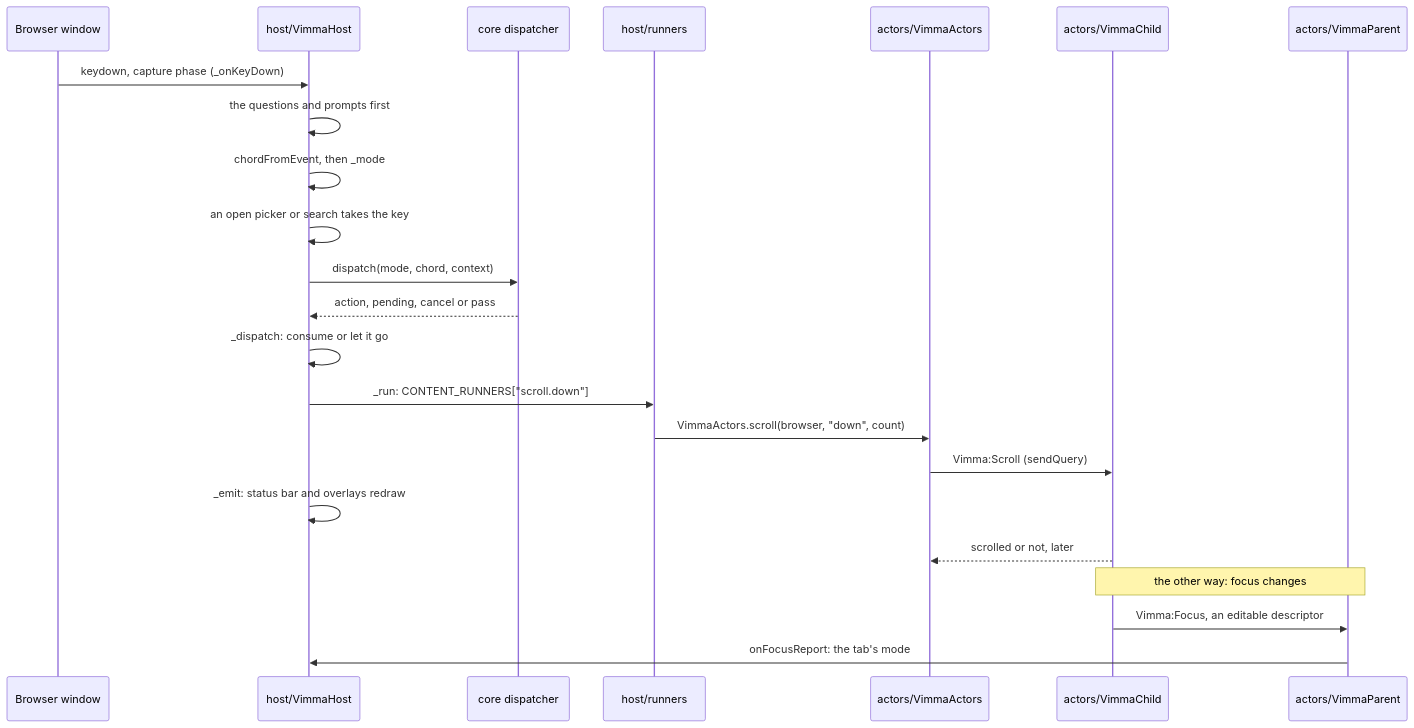
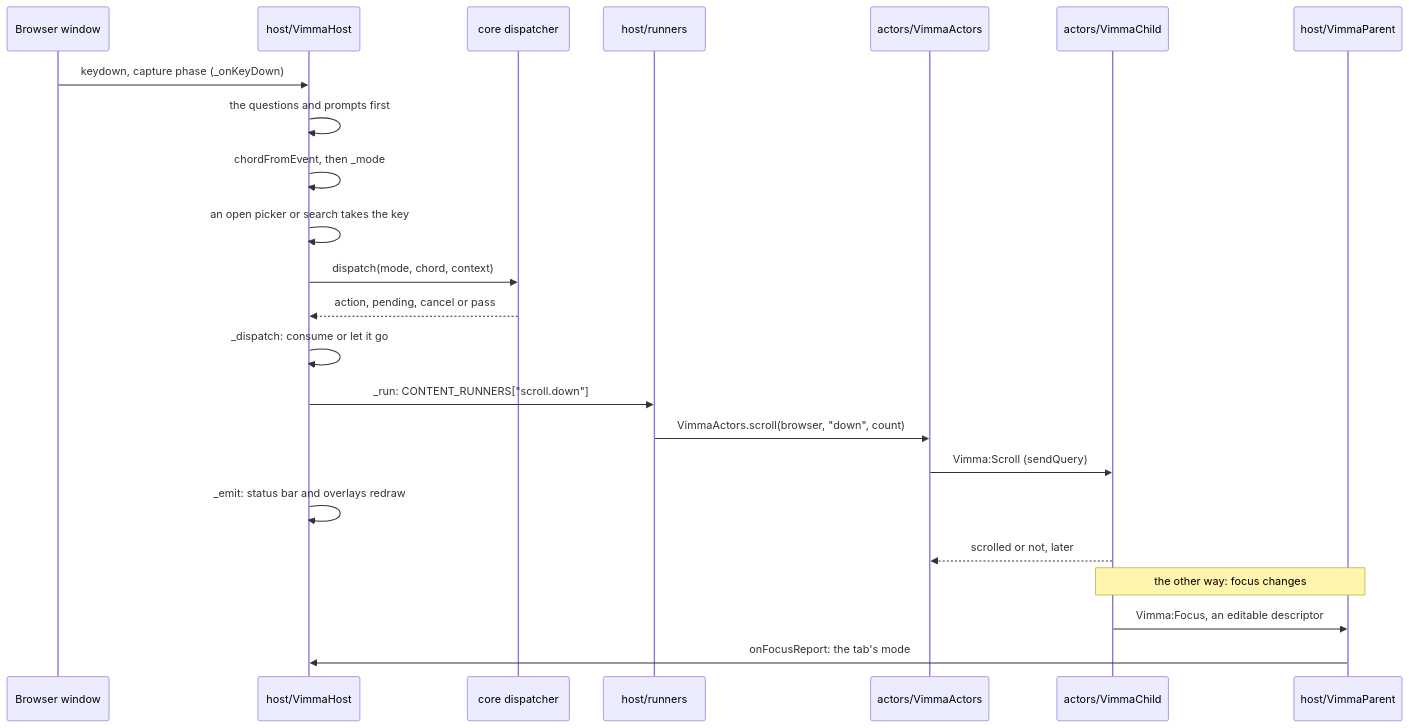
One commit to vimma-browser/vimma changed the diagram in docs/architecture/keypress.md. Above: the diagram before and after it, drawn with Mermaid. The commit also changed other lines of this file and 17 other files, not shown here.

First line of the commit message:
refactor(host): move the parent actor from actors/ to host/

````diff
--- a/docs/architecture/keypress.md
+++ b/docs/architecture/keypress.md
@@ -15,25 +15,25 @@
 ```mermaid
 sequenceDiagram
   participant Win as Browser window
   participant Host as host/VimmaHost
   participant Disp as core dispatcher
   participant Run as host/runners
   participant Act as actors/VimmaActors
   participant Child as actors/VimmaChild
-  participant Parent as actors/VimmaParent
+  participant Parent as host/VimmaParent
   Win->>Host: keydown, capture phase (_onKeyDown)
   Host->>Host: the questions and prompts first
   Host->>Host: chordFromEvent, then _mode
   Host->>Host: an open picker or search takes the key
   Host->>Disp: dispatch(mode, chord, context)
   Disp-->>Host: action, pending, cancel or pass
   Host->>Host: _dispatch: consume or let it go
   Host->>Run: _run: CONTENT_RUNNERS["scroll.down"]
   Run->>Act: VimmaActors.scroll(browser, "down", count)
   Act->>Child: Vimma:Scroll (sendQuery)
   Host->>Host: _emit: status bar and overlays redraw
   Child-->>Act: scrolled or not, later
   Note over Child,Parent: the other way: focus changes
   Child->>Parent: Vimma:Focus, an editable descriptor
   Parent->>Host: onFocusReport: the tab's mode
 ```
````
